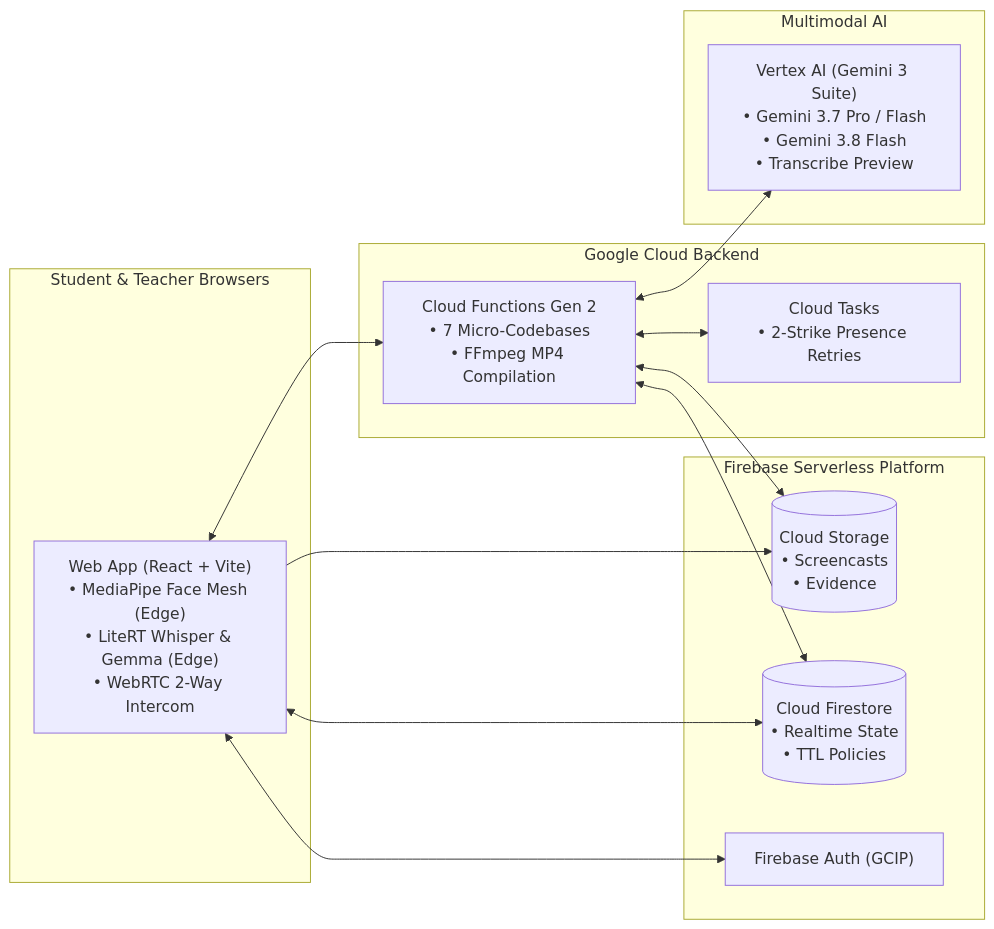
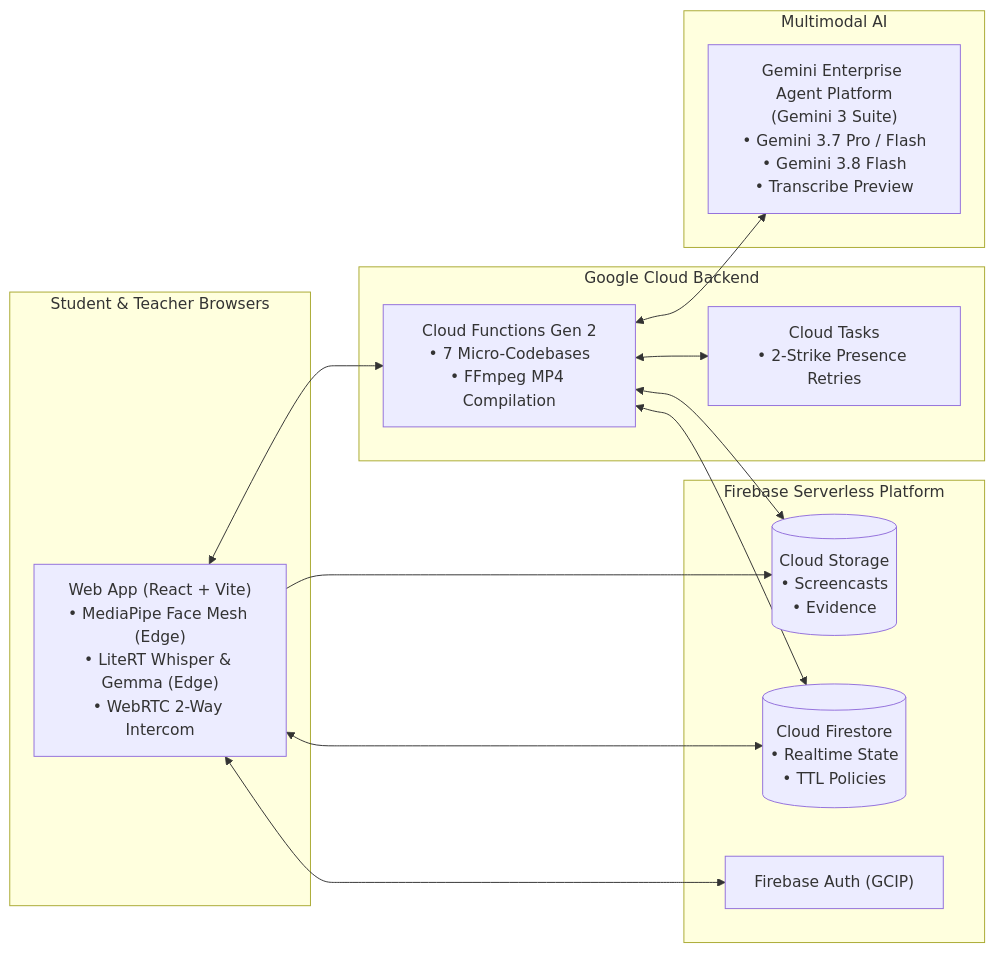
One commit to wongcyrus/Gemini-AI-Classroom-Assistant changed the diagram in README.md. Above: the diagram before and after it, drawn with Mermaid. The commit also changed other lines of this file and 11 other files, not shown here.

Commit message:
docs: update Vertex AI references to Gemini Enterprise Agent Platform across docs and slides

````diff
--- a/README.md
+++ b/README.md
@@ -31,30 +31,30 @@
 ```mermaid
 graph LR
     subgraph "Student & Teacher Browsers"
         Client["Web App (React + Vite)<br/>• MediaPipe Face Mesh (Edge)<br/>• LiteRT Whisper & Gemma (Edge)<br/>• WebRTC 2-Way Intercom"]
     end
 
     subgraph "Firebase Serverless Platform"
         Auth["Firebase Auth (GCIP)"]
         DB[("Cloud Firestore<br/>• Realtime State<br/>• TTL Policies")]
         GCS[("Cloud Storage<br/>• Screencasts<br/>• Evidence")]
     end
 
     subgraph "Google Cloud Backend"
         CF["Cloud Functions Gen 2<br/>• 7 Micro-Codebases<br/>• FFmpeg MP4 Compilation"]
         Tasks["Cloud Tasks<br/>• 2-Strike Presence Retries"]
     end
 
     subgraph "Multimodal AI"
-        Vertex["Vertex AI (Gemini 3 Suite)<br/>• Gemini 3.7 Pro / Flash<br/>• Gemini 3.8 Flash<br/>• Transcribe Preview"]
+        Vertex["Gemini Enterprise Agent Platform<br/>(Gemini 3 Suite)<br/>• Gemini 3.7 Pro / Flash<br/>• Gemini 3.8 Flash<br/>• Transcribe Preview"]
     end
 
     Client <--> Auth
     Client <--> DB
     Client --> GCS
     Client <--> CF
     CF <--> DB
     CF <--> GCS
     CF <--> Tasks
     CF <--> Vertex
 ```
````
